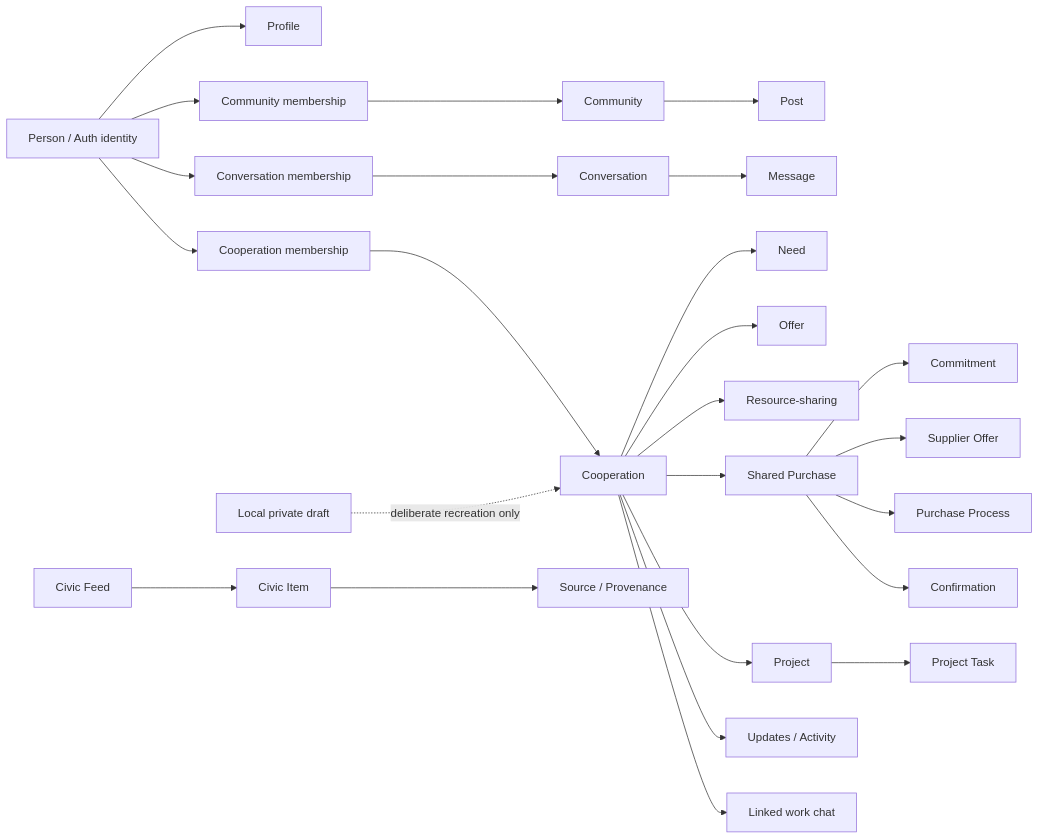
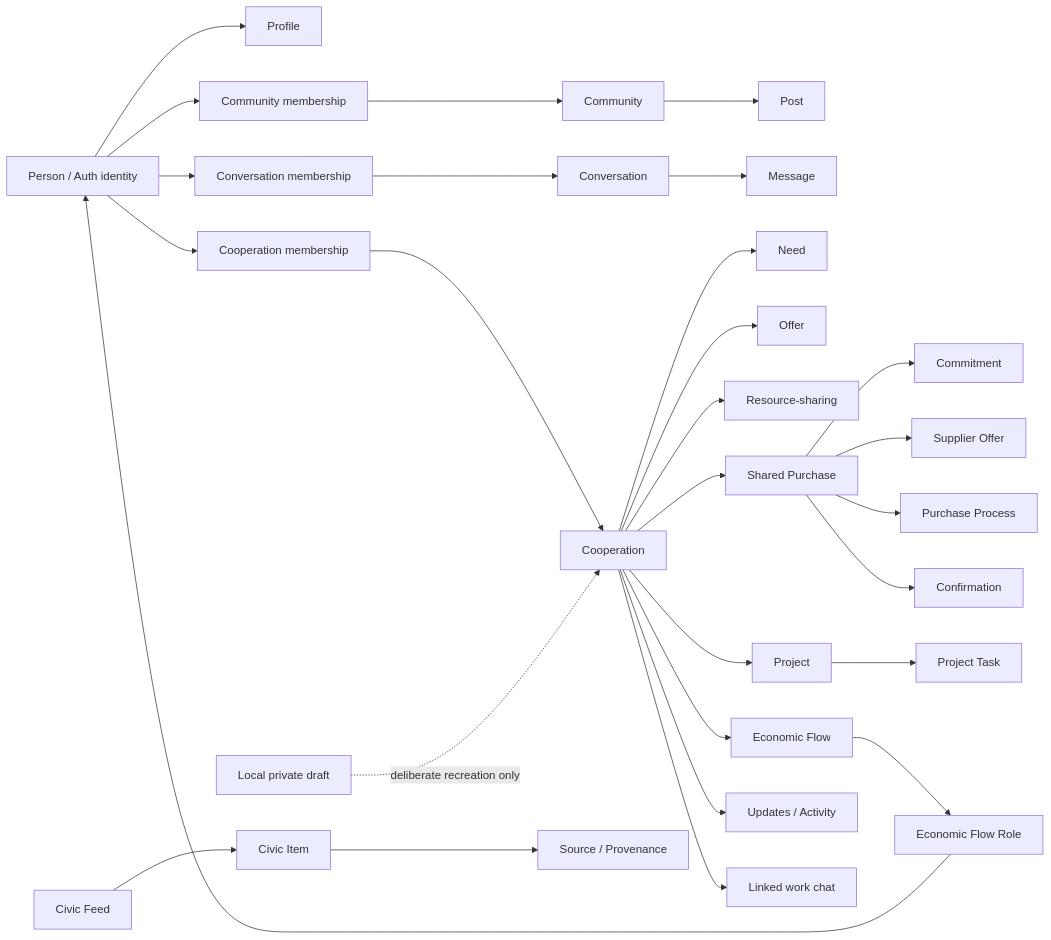
One commit to chup1runov/Folkoop changed the diagram in docs/architecture/UNIFIED_DOMAIN_MAP.md. Above: the diagram before and after it, drawn with Mermaid. The commit also changed other lines of this file, not shown here.

Commit message:
Docs: reflect hosted Economic Flow backend

````diff
--- a/docs/architecture/UNIFIED_DOMAIN_MAP.md
+++ b/docs/architecture/UNIFIED_DOMAIN_MAP.md
@@ -30,31 +30,34 @@
 ```mermaid
 flowchart LR
   P[Person / Auth identity] --> PR[Profile]
   P --> CM[Community membership]
   CM --> C[Community]
   C --> POST[Post]
 
   P --> XM[Conversation membership]
   XM --> X[Conversation]
   X --> MSG[Message]
 
   P --> KM[Cooperation membership]
   KM --> K[Cooperation]
   K --> N[Need]
   K --> O[Offer]
   K --> R[Resource-sharing]
   K --> SP[Shared Purchase]
   K --> PJ[Project]
+  K --> EF[Economic Flow]
+  EF --> EFR[Economic Flow Role]
+  EFR --> P
   K --> UP[Updates / Activity]
   K --> CHAT[Linked work chat]
   PJ --> T[Project Task]
   SP --> PC[Commitment]
   SP --> SO[Supplier Offer]
   SP --> PP[Purchase Process]
   SP --> CONF[Confirmation]
 
   CF[Civic Feed] --> CI[Civic Item]
   CI --> SRC[Source / Provenance]
 
   LD[Local private draft] -. deliberate recreation only .-> K
 ```
````
